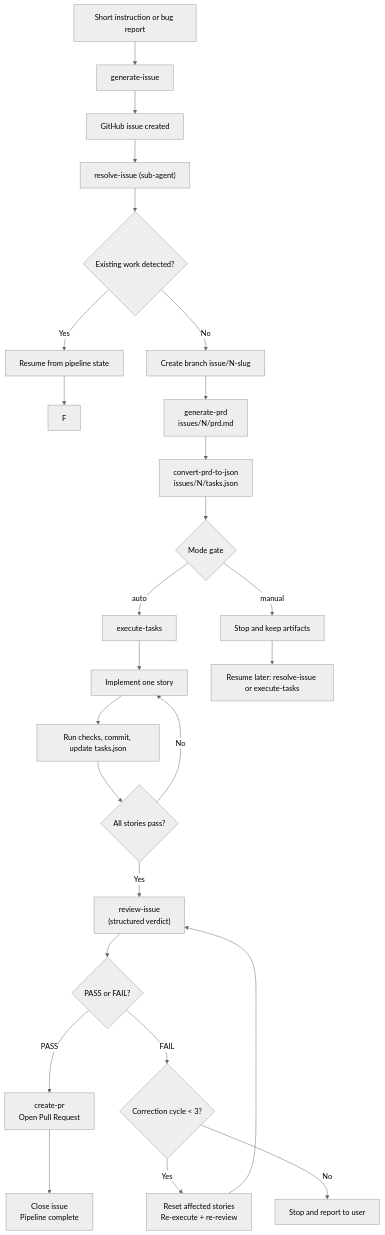
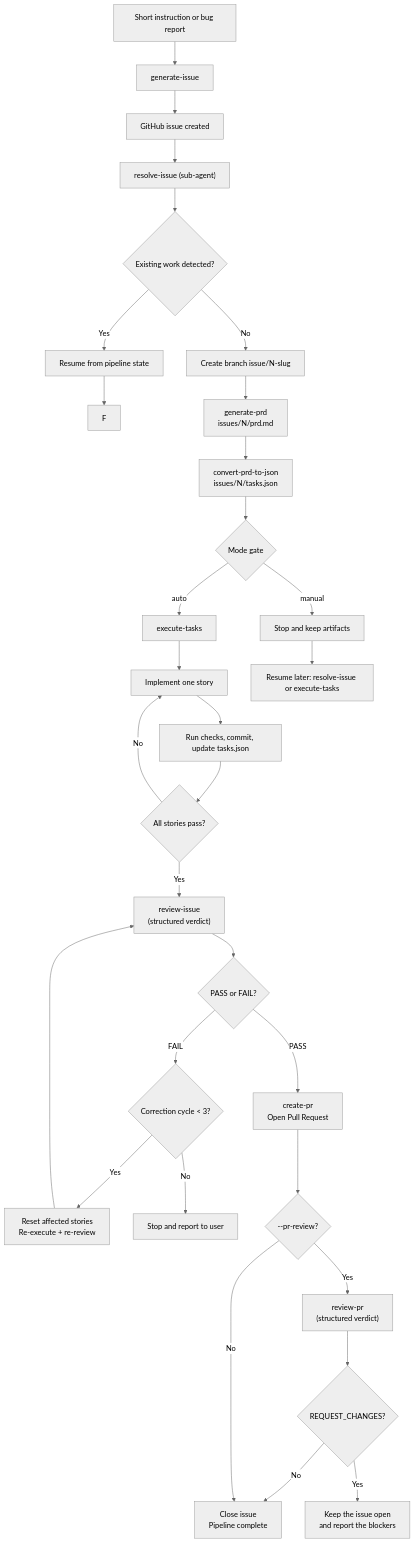
The diagram in docs/skills-and-agents.md (fabioassuncao/agent-skills), drawn with Mermaid (neutral theme) before and after one commit. The commit also changed other lines of this file and 3 other files, not shown here.

````diff
--- a/docs/skills-and-agents.md
+++ b/docs/skills-and-agents.md
@@ -77,28 +77,33 @@
 ```mermaid
 flowchart TD
     A[Short instruction or bug report] --> B[generate-issue]
     B --> C[GitHub issue created]
     C --> D["resolve-issue (sub-agent)"]
     D --> E{Existing work detected?}
     E -- Yes --> E1["Resume from pipeline state"]
     E1 --> F
     E -- No --> G[Create branch issue/N-slug]
     G --> H[generate-prd<br/>issues/N/prd.md]
     H --> I[convert-prd-to-json<br/>issues/N/tasks.json]
     I --> J{"Mode gate"}
     J -- "auto" --> K[execute-tasks]
     J -- "manual" --> P[Stop and keep artifacts]
     K --> L[Implement one story]
     L --> M[Run checks, commit, update tasks.json]
     M --> N{All stories pass?}
     N -- No --> L
     N -- Yes --> V["review-issue<br/>(structured verdict)"]
     V --> S{PASS or FAIL?}
     S -- PASS --> R["create-pr<br/>Open Pull Request"]
-    R --> T["Close issue<br/>Pipeline complete"]
     S -- FAIL --> W{"Correction cycle < 3?"}
     W -- Yes --> X["Reset affected stories<br/>Re-execute + re-review"]
     X --> V
     W -- No --> Y[Stop and report to user]
     P --> Q["Resume later: resolve-issue or execute-tasks"]
+    R --> AA{"--pr-review?"}
+    AA -- Yes --> AB["review-pr<br/>(structured verdict)"]
+    AB --> AC{"REQUEST_CHANGES?"}
+    AC -- No --> T["Close issue<br/>Pipeline complete"]
+    AC -- Yes --> AD["Keep the issue open<br/>and report the blockers"]
+    AA -- No --> T
 ```
````
